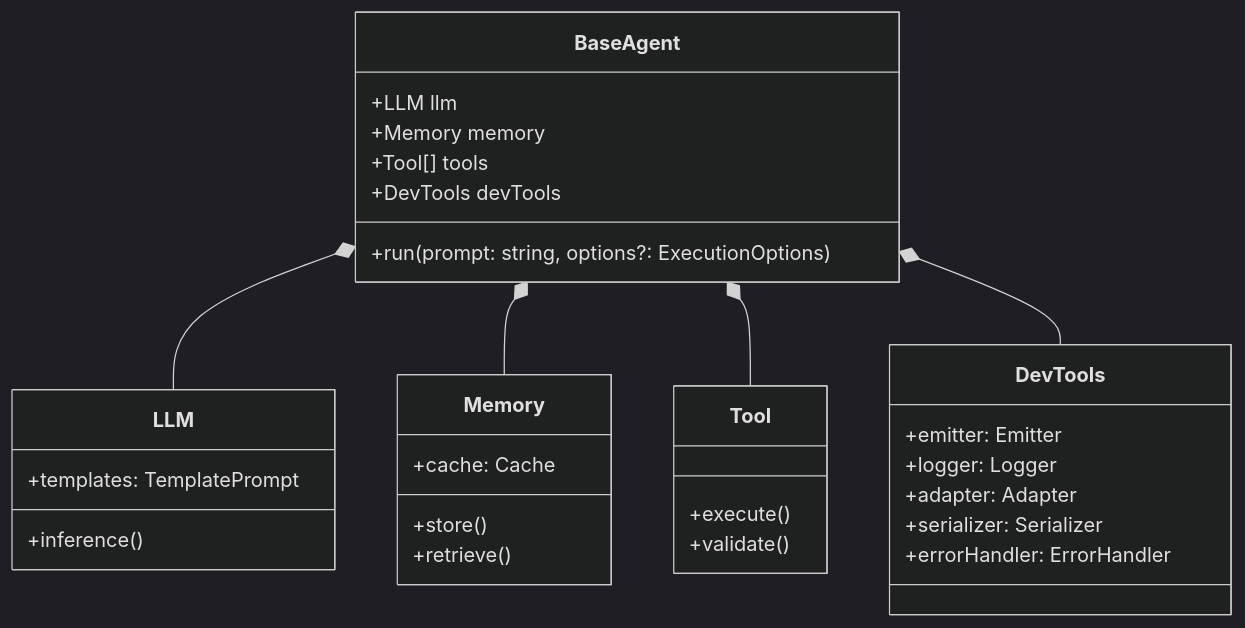
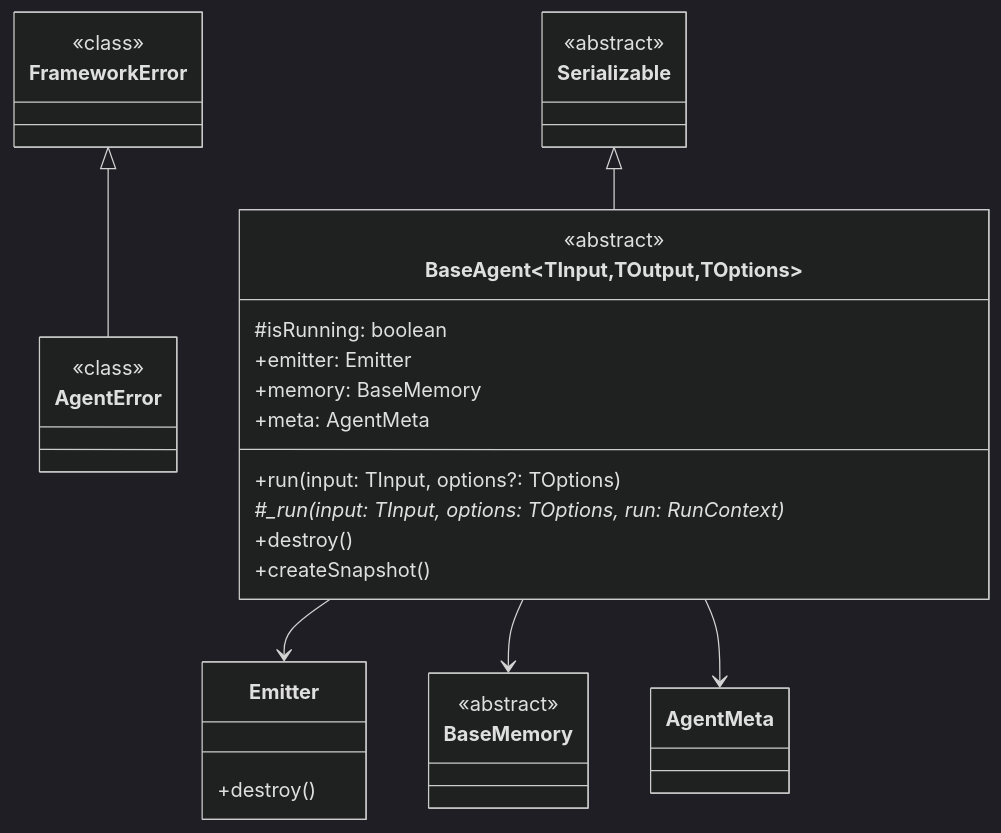
The diagram in docs/agents.md (i-am-bee/bee-agent-framework), drawn with Mermaid (dark theme) before and after one commit. The commit also changed other lines of this file and 2 other files, not shown here.

Commit message:
docs: fix agent, memory and main README

````diff
--- a/docs/agents.md
+++ b/docs/agents.md
@@ -11,39 +11,35 @@
 ```mermaid
 classDiagram
-    class BaseAgent {
-        +LLM llm
-        +Memory memory
-        +Tool[] tools
-        +DevTools devTools
-        +run(prompt: string, options?: ExecutionOptions)
+    class Serializable {
+        <<abstract>>
+    }
+    class FrameworkError {
+        <<class>>
+    }
+    class AgentError {
+        <<class>>
+    }
+    class BaseAgent~TInput,TOutput,TOptions~ {
+        <<abstract>>
+        #isRunning: boolean
+        +emitter: Emitter
+        +memory: BaseMemory
+        +meta: AgentMeta
+        +run(input: TInput, options?: TOptions)
+        #_run(input: TInput, options: TOptions, run: RunContext)*
+        +destroy()
+        +createSnapshot()
+    }
+    class BaseMemory {
+        <<abstract>>
+    }
+    class Emitter {
+        +destroy()
     }
 
-    BaseAgent *-- LLM
-    BaseAgent *-- Memory
-    BaseAgent *-- Tool
-    BaseAgent *-- DevTools
-
-    class LLM {
-        +inference()
-        +templates: TemplatePrompt
-    }
-
-    class Memory {
-        +store()
-        +retrieve()
-        +cache: Cache
-    }
-
-    class Tool {
-        +execute()
-        +validate()
-    }
-
-    class DevTools {
-        +emitter: Emitter
-        +logger: Logger
-        +adapter: Adapter
-        +serializer: Serializer
-        +errorHandler: ErrorHandler
-    }
+    Serializable <|-- BaseAgent
+    FrameworkError <|-- AgentError
+    BaseAgent --> Emitter
+    BaseAgent --> BaseMemory
+    BaseAgent --> AgentMeta
 ```
````
